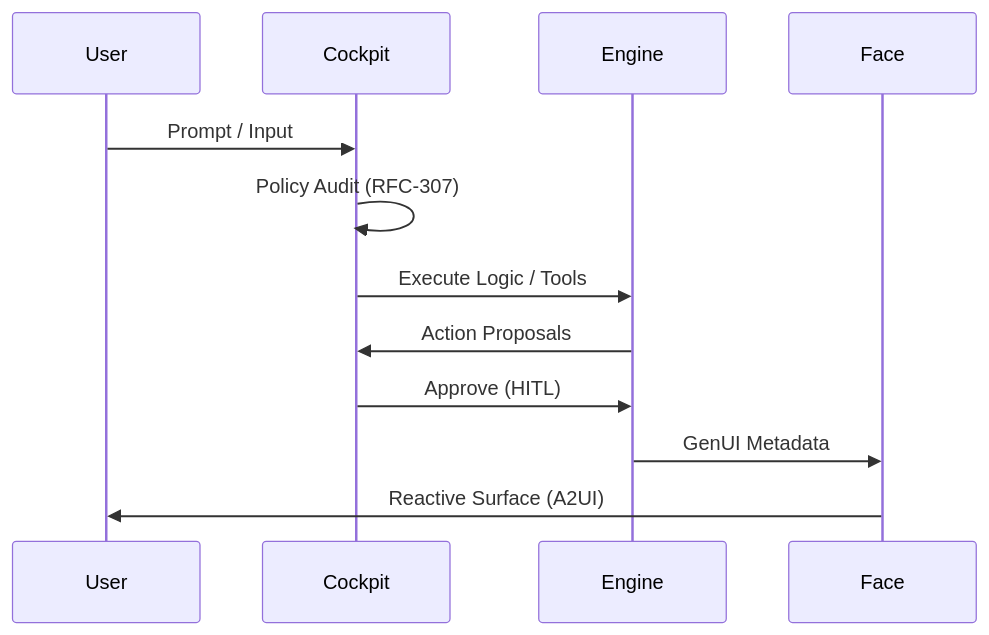
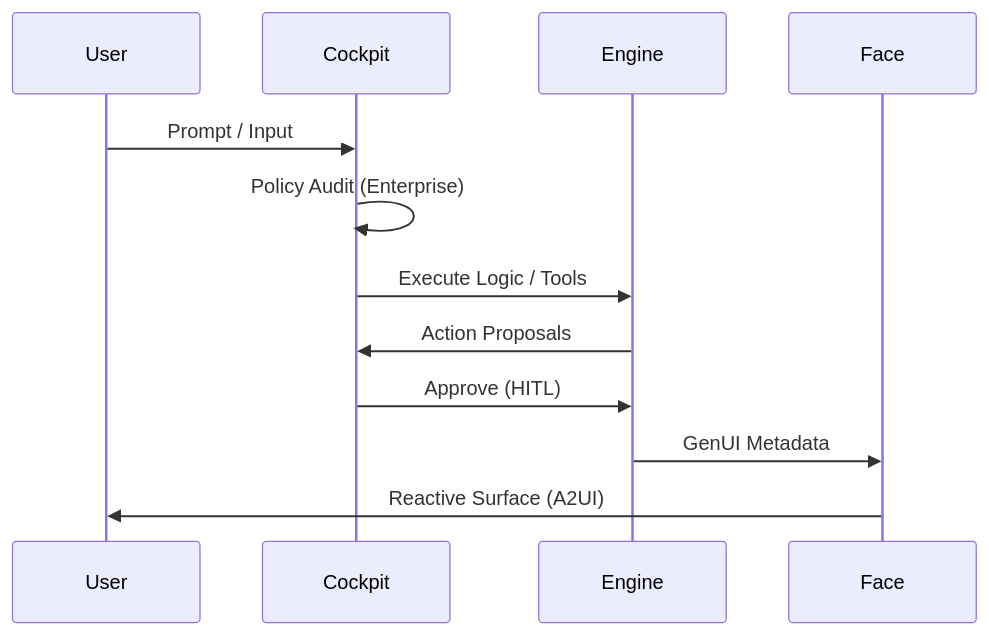
One commit to enriquekalven/agent-cockpit changed the second of 2 diagrams in README.md. Above: the diagram before and after it, drawn with Mermaid. The commit also changed 11 other files, not shown here.

````diff
--- a/README.md
+++ b/README.md
@@ -84,15 +84,15 @@
 ```mermaid
 sequenceDiagram
    participant U as User
    participant C as Cockpit
    participant E as Engine
    participant F as Face
    
    U->>C: Prompt / Input
-   C->>C: Policy Audit (RFC-307)
+   C->>C: Policy Audit (Enterprise)
    C->>E: Execute Logic / Tools
    E->>C: Action Proposals
    C->>E: Approve (HITL)
    E->>F: GenUI Metadata
    F->>U: Reactive Surface (A2UI)
 ```
````
